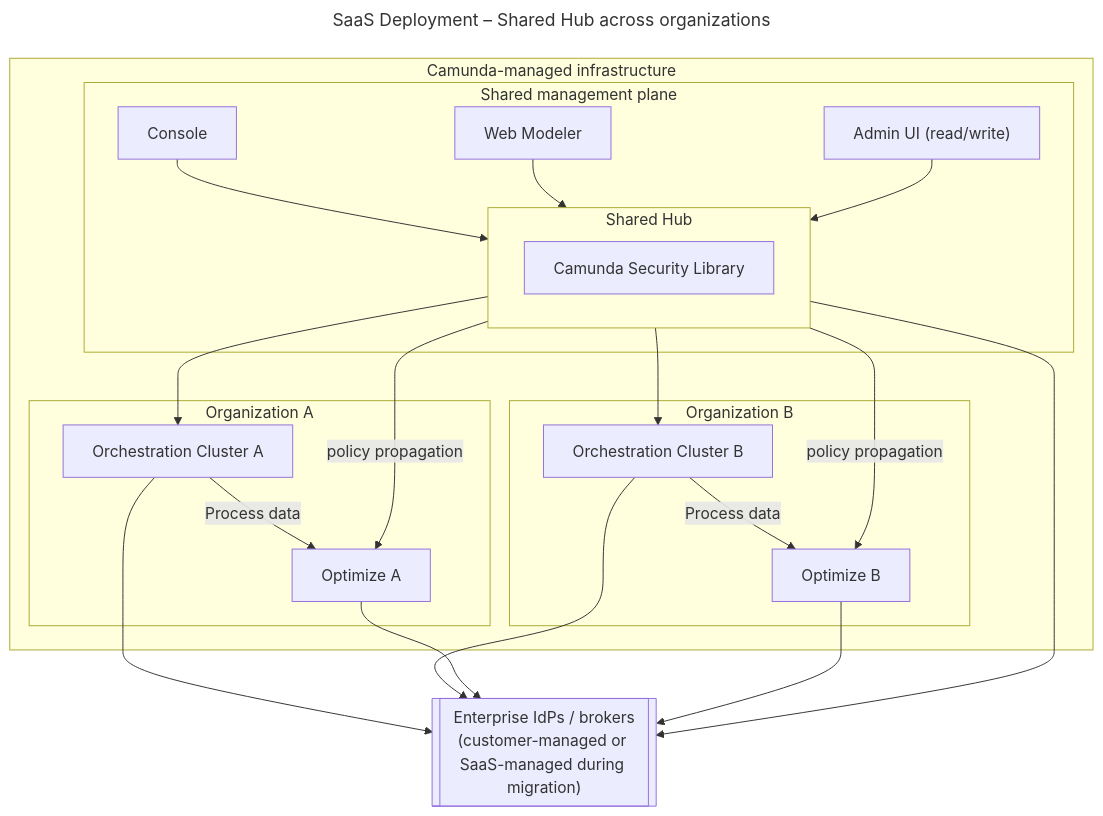
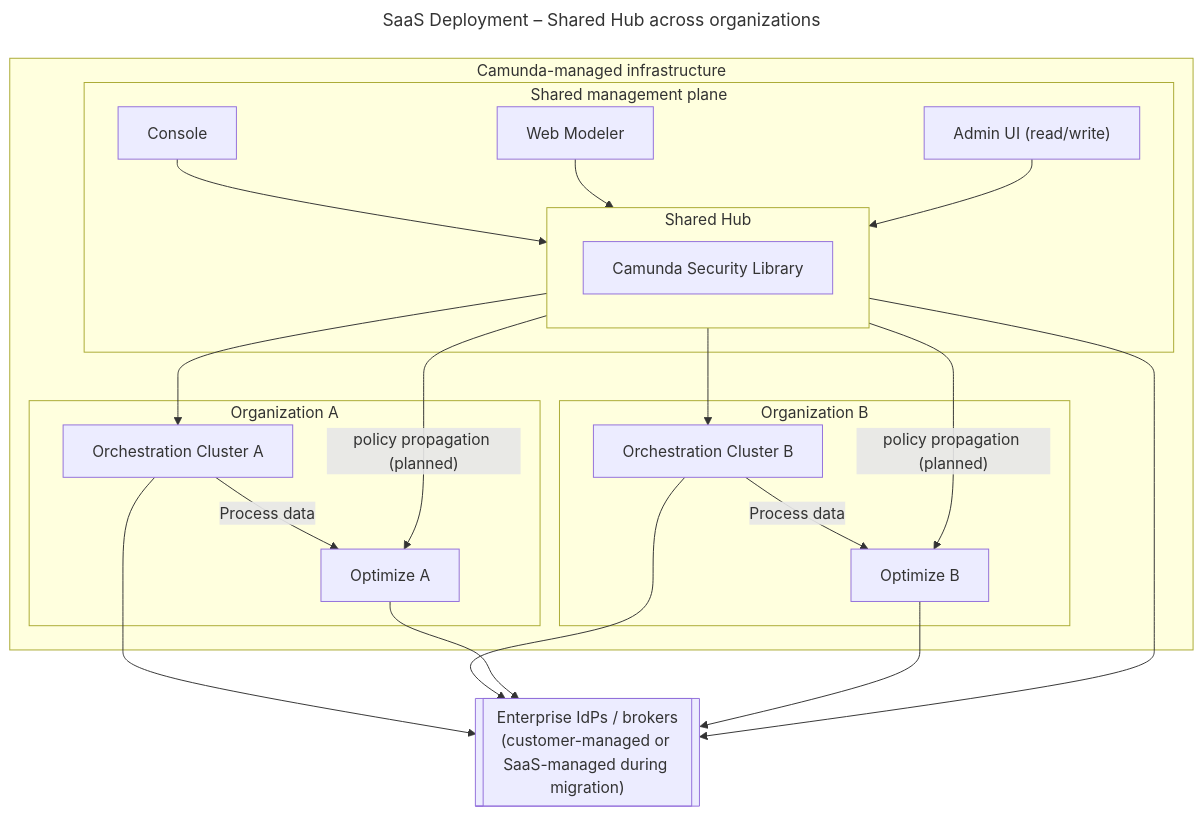
The fourth of 4 diagrams in docs/architecture/07-deployment-view.md (camunda/camunda-security-library), drawn with Mermaid before and after one commit. The commit also changed other lines of this file and 24 other files, not shown here.

First line of the commit message:
docs(architecture): describe post-8.10 rollout state and retire the Security Engine Framework

````diff
--- a/docs/architecture/07-deployment-view.md
+++ b/docs/architecture/07-deployment-view.md
@@ -192,39 +198,39 @@
 ```mermaid
 ---
 title: SaaS Deployment – Shared Hub across organizations
 ---
 flowchart TB
   subgraph Camunda["Camunda-managed infrastructure"]
     subgraph SharedMgmt["Shared management plane"]
       Console["Console"]
       WebModeler["Web Modeler"]
       AdminHub["Admin UI (read/write)"]
 
       subgraph Hub["Shared Hub"]
         SecGatHub["Camunda Security Library"]
       end
 
       Console & WebModeler & AdminHub --> Hub
     end
 
     subgraph OrgA["Organization A"]
       OCA["Orchestration Cluster A"]
       OptA["Optimize A"]
     end
 
     subgraph OrgB["Organization B"]
       OCB["Orchestration Cluster B"]
       OptB["Optimize B"]
     end
 
     Hub --> OCA
     Hub --> OCB
-    Hub -->|"policy propagation"| OptA
-    Hub -->|"policy propagation"| OptB
+    Hub -->|"policy propagation (planned)"| OptA
+    Hub -->|"policy propagation (planned)"| OptB
     OCA -->|"Process data"| OptA
     OCB -->|"Process data"| OptB
   end
 
   EnterpriseIdP[["Enterprise IdPs / brokers</br>(customer-managed or SaaS-managed during migration)"]]
   Hub & OCA & OCB & OptA & OptB --> EnterpriseIdP
 ```
````
